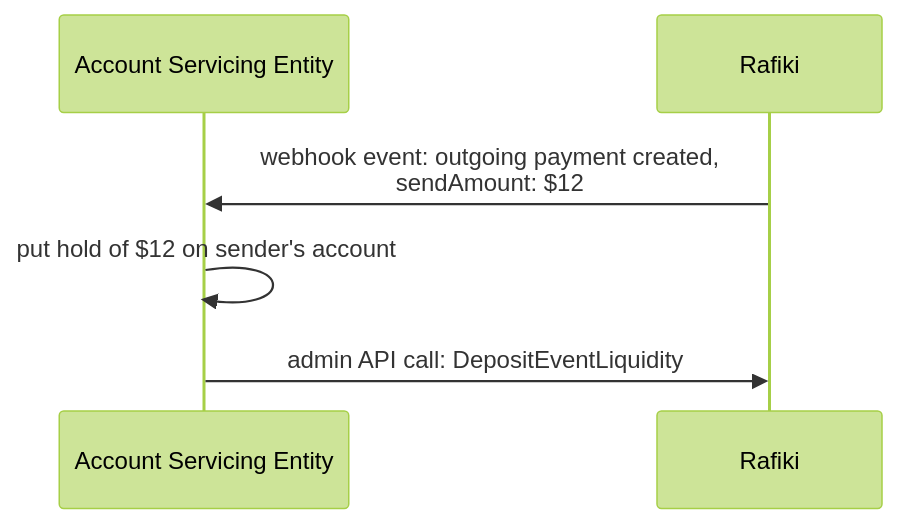
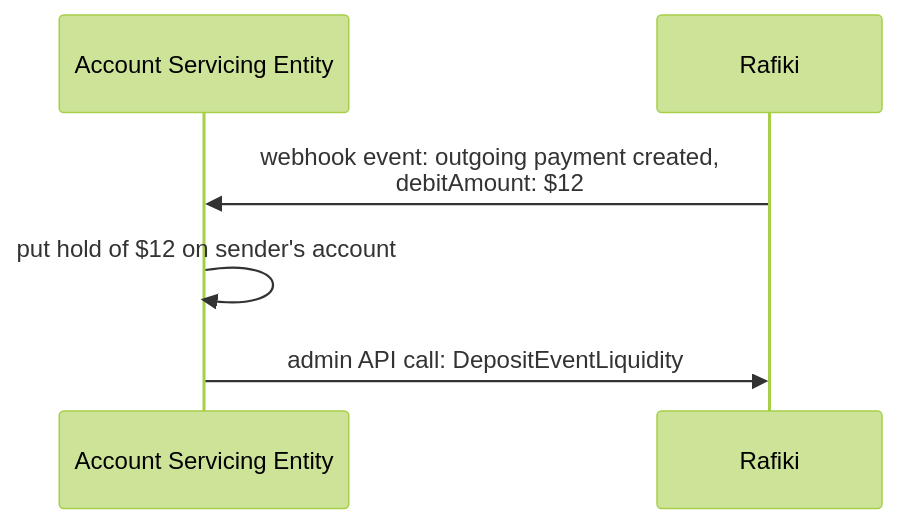
One commit to interledger/rafiki changed the fourth of 10 diagrams in packages/documentation/src/content/docs/integration/event-handlers.md. Above: the diagram before and after it, drawn with Mermaid (forest theme). The commit also changed other lines of this file and 2 other files, not shown here.

Commit message:
refactor(documentation): rename sendAmount to debitAmount

````diff
--- a/packages/documentation/src/content/docs/integration/event-handlers.md
+++ b/packages/documentation/src/content/docs/integration/event-handlers.md
@@ -61,10 +61,10 @@
 ```mermaid
 sequenceDiagram
 
 participant ASE as Account Servicing Entity
 participant R as Rafiki
 
-R->>ASE: webhook event: outgoing payment created,<br>sendAmount: $12
+R->>ASE: webhook event: outgoing payment created,<br>debitAmount: $12
 ASE->>ASE: put hold of $12 on sender's account
 ASE->>R: admin API call: DepositEventLiquidity
 ```
````
